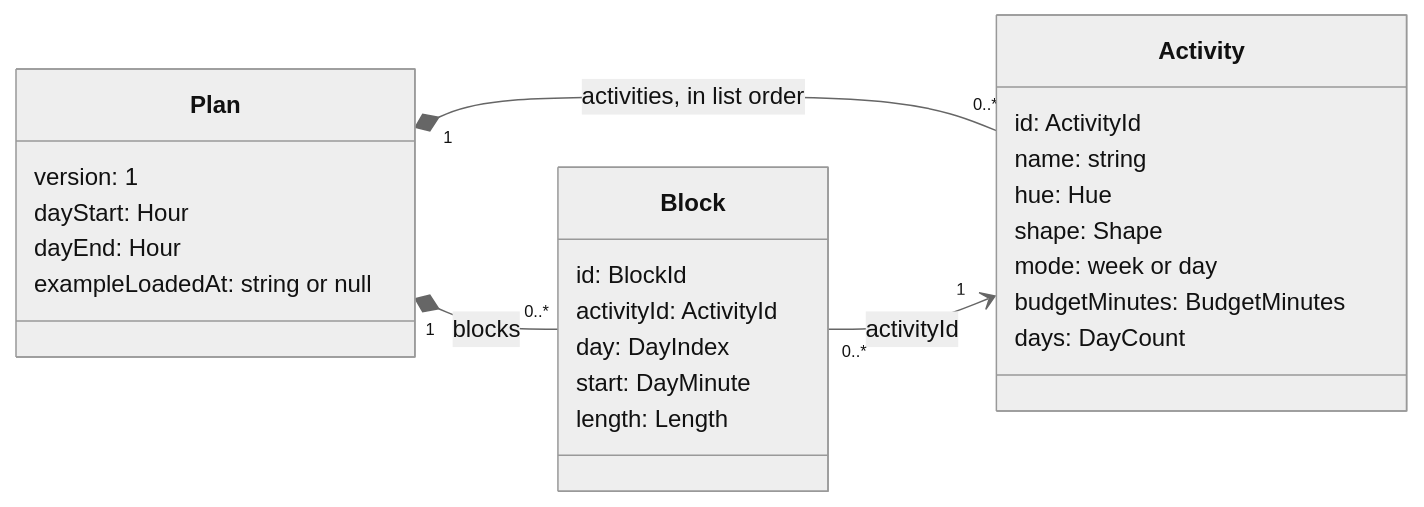
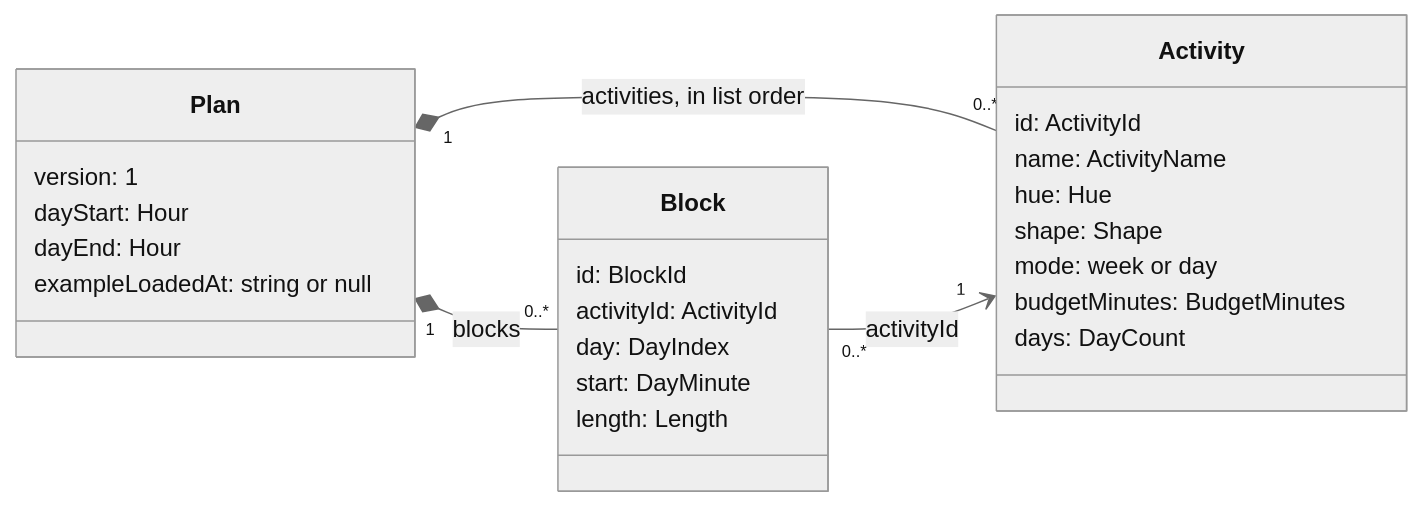
One commit to SantaClaas/week-budget-planner changed the first of 2 diagrams in docs/spec/data-model.md. Above: the diagram before and after it, drawn with Mermaid (neutral theme). The commit also changed other lines of this file and 7 other files, not shown here.

First line of the commit message:
Give the activity name a branded type

````diff
--- a/docs/spec/data-model.md
+++ b/docs/spec/data-model.md
@@ -36,29 +36,29 @@
 ```mermaid
 classDiagram
   direction LR
   class Plan {
     version: 1
     dayStart: Hour
     dayEnd: Hour
     exampleLoadedAt: string or null
   }
   class Activity {
     id: ActivityId
-    name: string
+    name: ActivityName
     hue: Hue
     shape: Shape
     mode: week or day
     budgetMinutes: BudgetMinutes
     days: DayCount
   }
   class Block {
     id: BlockId
     activityId: ActivityId
     day: DayIndex
     start: DayMinute
     length: Length
   }
   Plan "1" *-- "0..*" Activity : activities, in list order
   Plan "1" *-- "0..*" Block : blocks
   Block "0..*" --> "1" Activity : activityId
 ```
````
